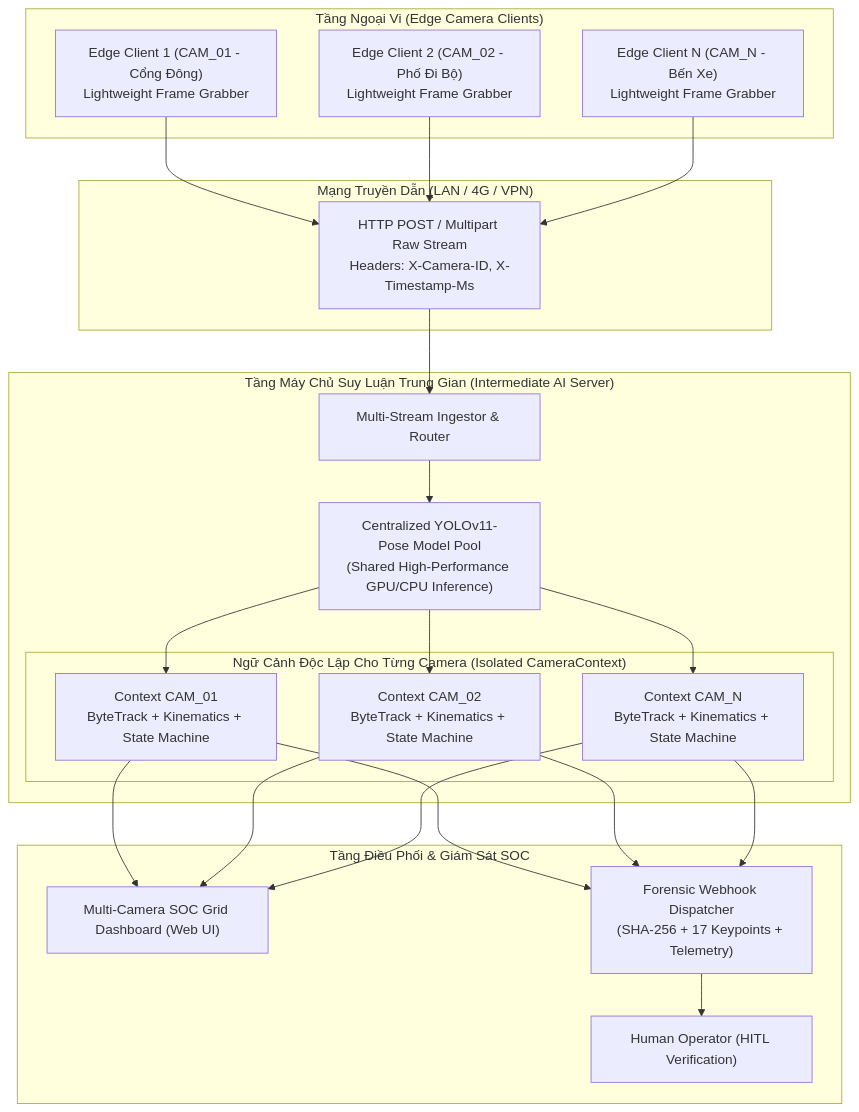
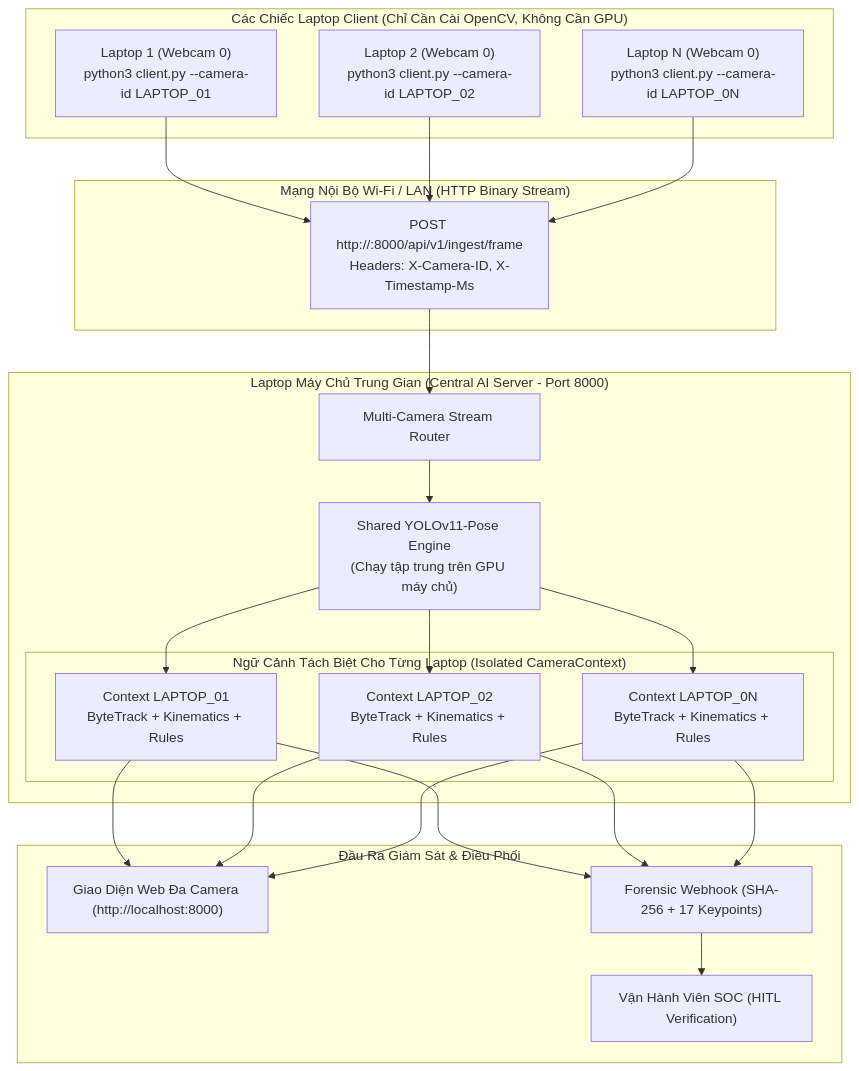
One commit to luisnguyen3636/Promptacus---Hackathon- changed the diagram in AI/Human/docs/SPEC.md. Above: the diagram before and after it, drawn with Mermaid. The commit also changed other lines of this file and 1 other file, not shown here.

Commit message:
docs(spec): tailor multi-camera client-server architecture for multi-laptop deployment

````diff
--- a/AI/Human/docs/SPEC.md
+++ b/AI/Human/docs/SPEC.md
@@ -28,46 +41,46 @@
 ```mermaid
 flowchart TD
-    subgraph EDGE_LAYER ["Tầng Ngoại Vi (Edge Camera Clients)"]
-        CAM1["Edge Client 1 (CAM_01 - Cổng Đông)<br/>Lightweight Frame Grabber"]
-        CAM2["Edge Client 2 (CAM_02 - Phố Đi Bộ)<br/>Lightweight Frame Grabber"]
-        CAMN["Edge Client N (CAM_N - Bến Xe)<br/>Lightweight Frame Grabber"]
+    subgraph CLIENT_LAPTOPS ["Các Chiếc Laptop Client (Chỉ Cần Cài OpenCV, Không Cần GPU)"]
+        LAP1["Laptop 1 (Webcam 0)<br/>python3 client.py --camera-id LAPTOP_01"]
+        LAP2["Laptop 2 (Webcam 0)<br/>python3 client.py --camera-id LAPTOP_02"]
+        LAPN["Laptop N (Webcam 0)<br/>python3 client.py --camera-id LAPTOP_0N"]
     end
 
-    subgraph NETWORK ["Mạng Truyền Dẫn (LAN / 4G / VPN)"]
-        STREAM["HTTP POST / Multipart Raw Stream<br/>Headers: X-Camera-ID, X-Timestamp-Ms"]
+    subgraph WI_FI_LAN ["Mạng Nội Bộ Wi-Fi / LAN (HTTP Binary Stream)"]
+        STREAM["POST http://<IP_SERVER>:8000/api/v1/ingest/frame<br/>Headers: X-Camera-ID, X-Timestamp-Ms"]
     end
 
-    subgraph CENTRAL_SERVER ["Tầng Máy Chủ Suy Luận Trung Gian (Intermediate AI Server)"]
-        INGEST["Multi-Stream Ingestor & Router"]
+    subgraph SERVER_LAPTOP ["Laptop Máy Chủ Trung Gian (Central AI Server - Port 8000)"]
+        INGEST["Multi-Camera Stream Router"]
         
-        subgraph CONTEXTS ["Ngữ Cảnh Độc Lập Cho Từng Camera (Isolated CameraContext)"]
-            CTX1["Context CAM_01<br/>ByteTrack + Kinematics + State Machine"]
-            CTX2["Context CAM_02<br/>ByteTrack + Kinematics + State Machine"]
-            CTXN["Context CAM_N<br/>ByteTrack + Kinematics + State Machine"]
+        subgraph CONTEXTS ["Ngữ Cảnh Tách Biệt Cho Từng Laptop (Isolated CameraContext)"]
+            CTX1["Context LAPTOP_01<br/>ByteTrack + Kinematics + Rules"]
+            CTX2["Context LAPTOP_02<br/>ByteTrack + Kinematics + Rules"]
+            CTXN["Context LAPTOP_0N<br/>ByteTrack + Kinematics + Rules"]
         end
         
-        YOLO["Centralized YOLOv11-Pose Model Pool<br/>(Shared High-Performance GPU/CPU Inference)"]
+        YOLO["Shared YOLOv11-Pose Engine<br/>(Chạy tập trung trên GPU máy chủ)"]
     end
 
-    subgraph DISPATCH_LAYER ["Tầng Điều Phối & Giám Sát SOC"]
-        WEB_HUD["Multi-Camera SOC Grid Dashboard (Web UI)"]
-        WEBHOOK["Forensic Webhook Dispatcher<br/>(SHA-256 + 17 Keypoints + Telemetry)"]
-        SOC_OP["Human Operator (HITL Verification)"]
+    subgraph SOC_OUTPUT ["Đầu Ra Giám Sát & Điều Phối"]
+        DASH["Giao Diện Web Đa Camera (http://localhost:8000)"]
+        WEBHOOK["Forensic Webhook (SHA-256 + 17 Keypoints)"]
+        OPERATOR["Vận Hành Viên SOC (HITL Verification)"]
     end
 
-    CAM1 --> STREAM
-    CAM2 --> STREAM
-    CAMN --> STREAM
+    LAP1 --> STREAM
+    LAP2 --> STREAM
+    LAPN --> STREAM
     STREAM --> INGEST
     INGEST --> YOLO
     YOLO --> CTX1
     YOLO --> CTX2
     YOLO --> CTXN
-    CTX1 --> WEB_HUD
-    CTX2 --> WEB_HUD
-    CTXN --> WEB_HUD
+    CTX1 --> DASH
+    CTX2 --> DASH
+    CTXN --> DASH
     CTX1 --> WEBHOOK
     CTX2 --> WEBHOOK
     CTXN --> WEBHOOK
-    WEBHOOK --> SOC_OP
+    WEBHOOK --> OPERATOR
 ```
````
